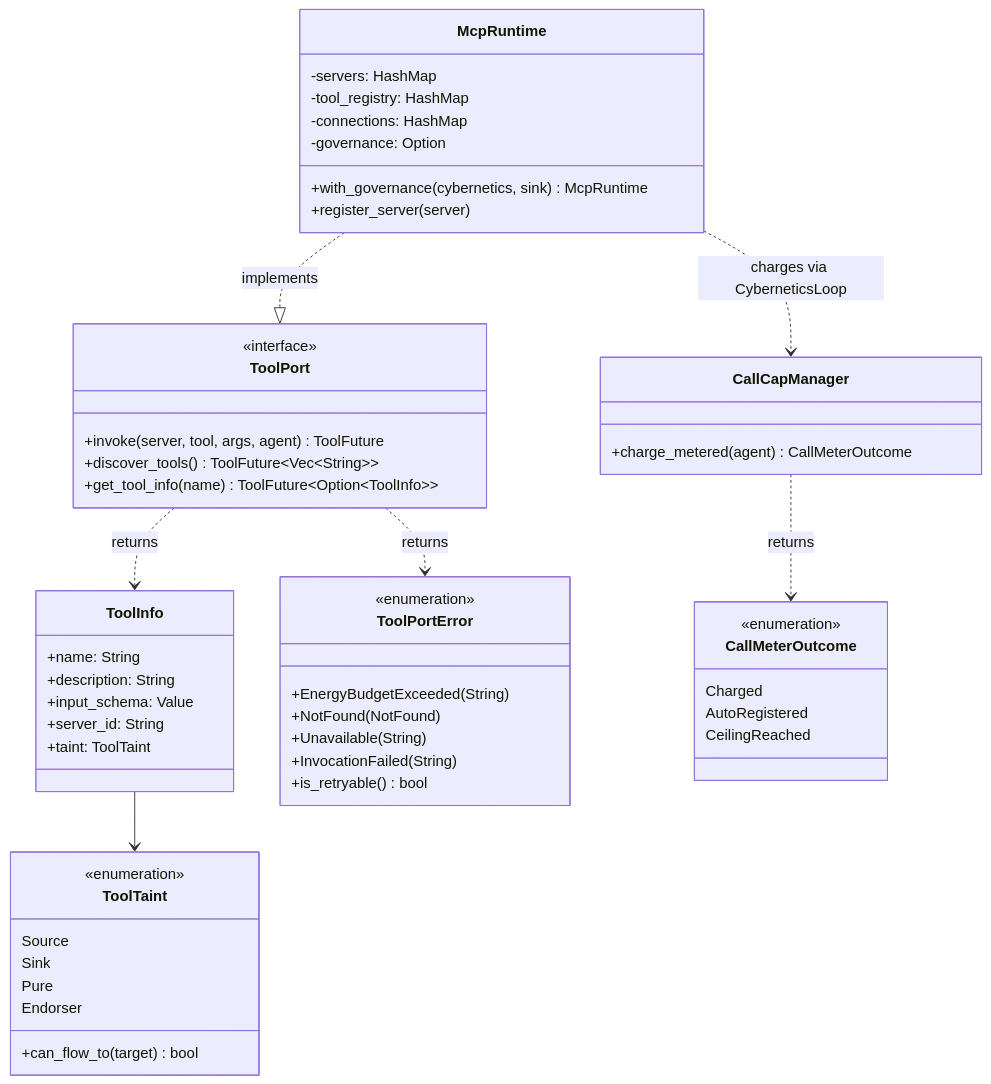
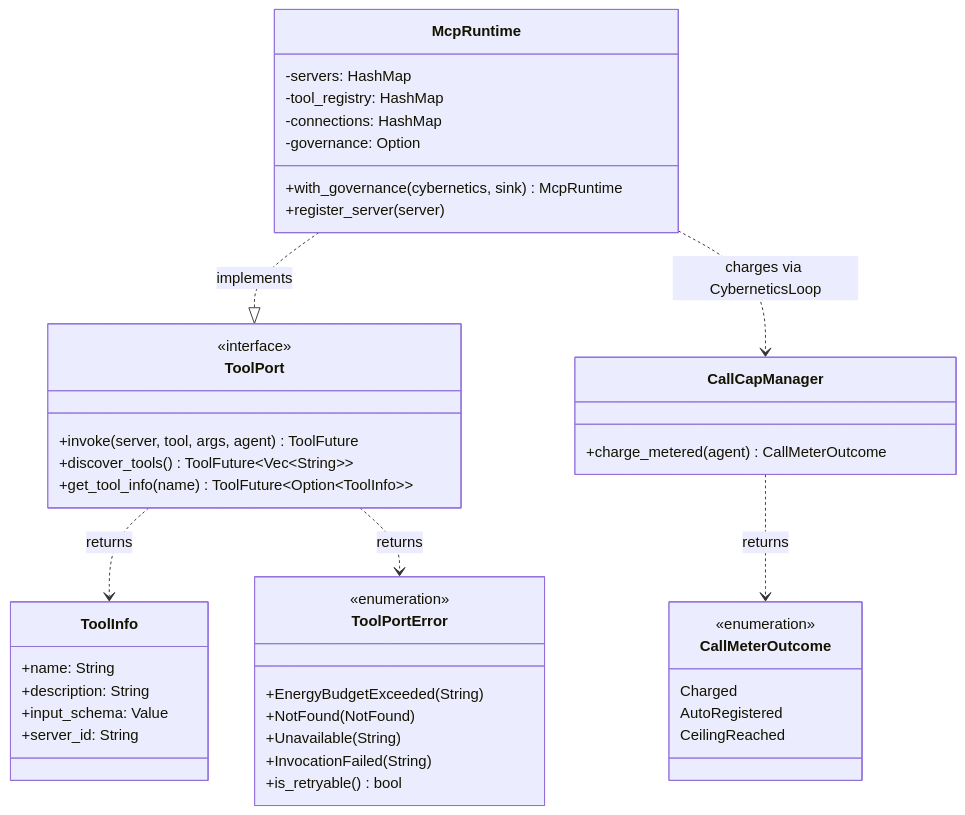
The diagram in kask/docs/diagrams/class-hkask-capability.md (mdz-axo/zed-kask), drawn with Mermaid before and after one commit. The commit also changed other lines of this file and 31 other files, not shown here.

````diff
--- a/kask/docs/diagrams/class-hkask-capability.md
+++ b/kask/docs/diagrams/class-hkask-capability.md
@@ -18,62 +19,51 @@
 ```mermaid
 classDiagram
     class ToolPort {
         <<interface>>
         +invoke(server, tool, args, agent) ToolFuture
         +discover_tools() ToolFuture~Vec~String~~
         +get_tool_info(name) ToolFuture~Option~ToolInfo~~
     }
 
     class ToolInfo {
         +name: String
         +description: String
         +input_schema: Value
         +server_id: String
-        +taint: ToolTaint
     }
 
     class ToolPortError {
         <<enumeration>>
         +EnergyBudgetExceeded(String)
         +NotFound(NotFound)
         +Unavailable(String)
         +InvocationFailed(String)
         +is_retryable() bool
-    }
-
-    class ToolTaint {
-        <<enumeration>>
-        Source
-        Sink
-        Pure
-        Endorser
-        +can_flow_to(target) bool
     }
 
     class McpRuntime {
         -servers: HashMap
         -tool_registry: HashMap
         -connections: HashMap
         -governance: Option
         +with_governance(cybernetics, sink) McpRuntime
         +register_server(server)
     }
 
     class CallCapManager {
         +charge_metered(agent) CallMeterOutcome
     }
 
     class CallMeterOutcome {
         <<enumeration>>
         Charged
         AutoRegistered
         CeilingReached
     }
 
     ToolPort ..> ToolInfo : returns
     ToolPort ..> ToolPortError : returns
-    ToolInfo --> ToolTaint
     McpRuntime ..|> ToolPort : implements
     McpRuntime ..> CallCapManager : charges via CyberneticsLoop
     CallCapManager ..> CallMeterOutcome : returns
 ```
````
